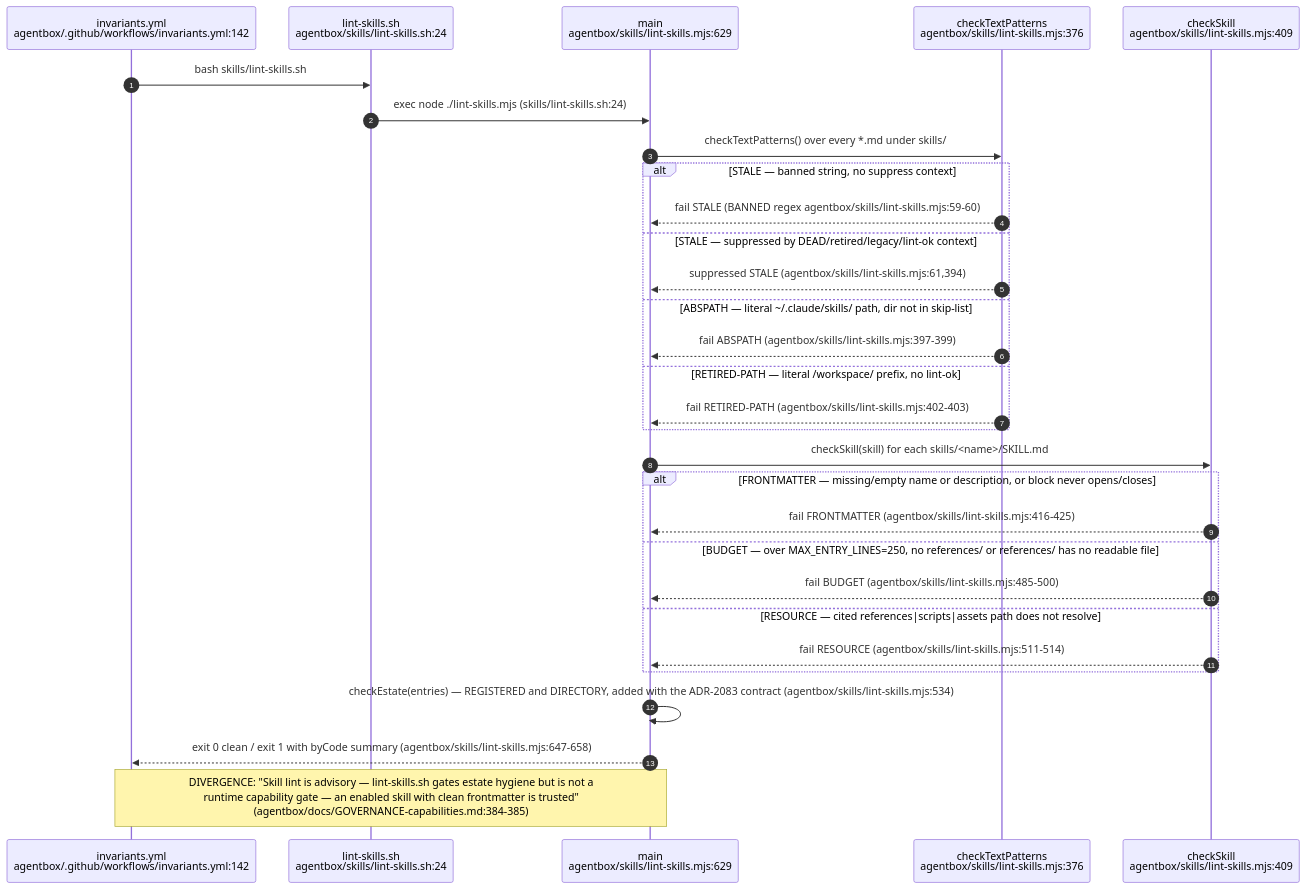
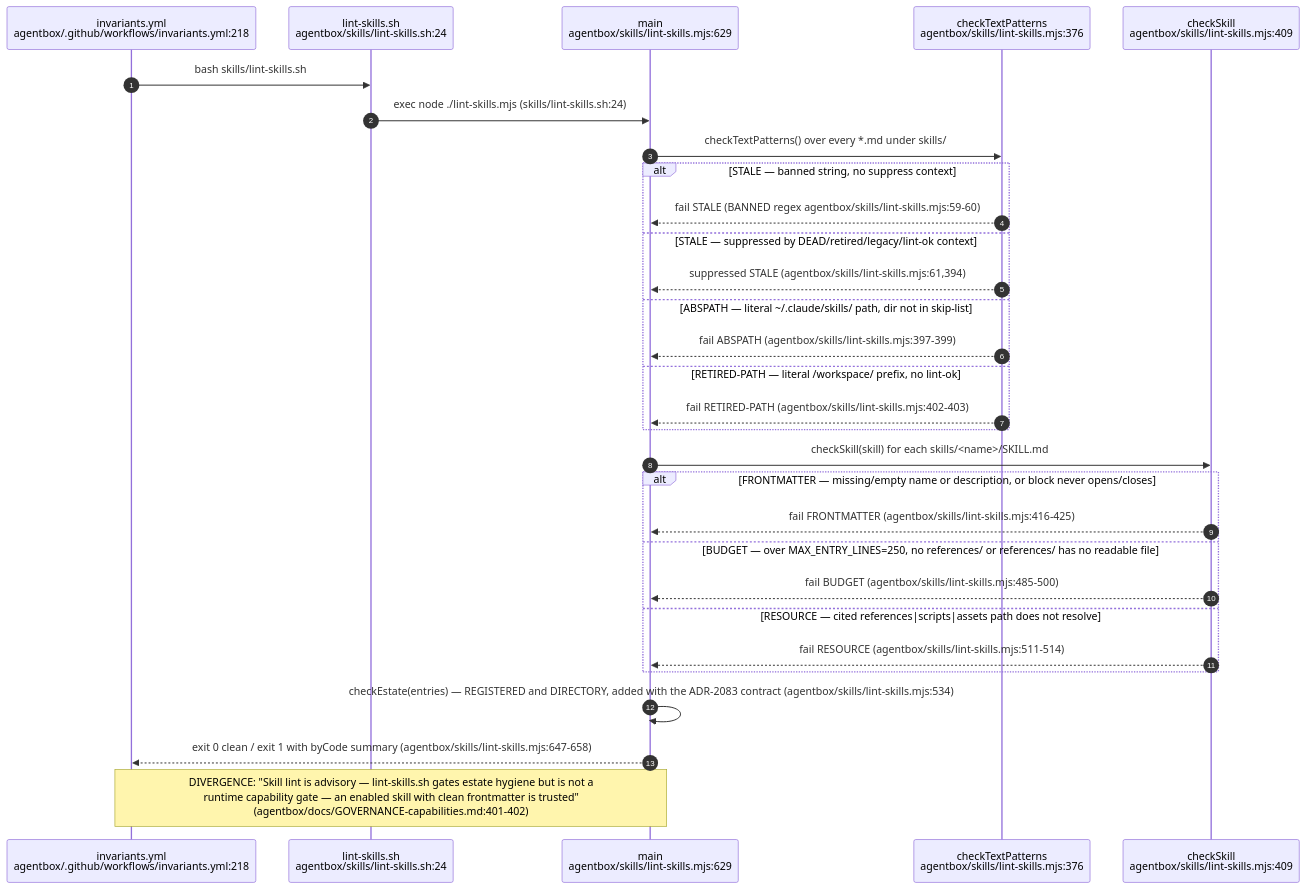
The third of 12 diagrams in docs/diagrams/agentbox/22-skills-and-routing.md (DreamLab-AI/VisionFlow), drawn with Mermaid before and after one commit. The commit also changed other lines of this file and 36 other files, not shown here.

First line of the commit message:
docs(diagrams): re-derive and re-stamp agentbox, dream-engine, visioncraft, visiontouch and vowl topics; drop LAN addresses

````diff
--- a/docs/diagrams/agentbox/22-skills-and-routing.md
+++ b/docs/diagrams/agentbox/22-skills-and-routing.md
@@ -159,33 +160,33 @@
 ```mermaid
 sequenceDiagram
     autonumber
-    participant CI as invariants.yml<br/>agentbox/.github/workflows/invariants.yml:142
+    participant CI as invariants.yml<br/>agentbox/.github/workflows/invariants.yml:218
     participant SH as lint-skills.sh<br/>agentbox/skills/lint-skills.sh:24
     participant MJS as main<br/>agentbox/skills/lint-skills.mjs:629
     participant TXT as checkTextPatterns<br/>agentbox/skills/lint-skills.mjs:376
     participant SKC as checkSkill<br/>agentbox/skills/lint-skills.mjs:409
 
     CI->>SH: bash skills/lint-skills.sh
     SH->>MJS: exec node ./lint-skills.mjs (skills/lint-skills.sh:24)
     MJS->>TXT: checkTextPatterns() over every *.md under skills/
     alt STALE — banned string, no suppress context
         TXT-->>MJS: fail STALE (BANNED regex agentbox/skills/lint-skills.mjs:59-60)
     else STALE — suppressed by DEAD/retired/legacy/lint-ok context
         TXT-->>MJS: suppressed STALE (agentbox/skills/lint-skills.mjs:61,394)
     else ABSPATH — literal ~/.claude/skills/ path, dir not in skip-list
         TXT-->>MJS: fail ABSPATH (agentbox/skills/lint-skills.mjs:397-399)
     else RETIRED-PATH — literal /workspace/ prefix, no lint-ok
         TXT-->>MJS: fail RETIRED-PATH (agentbox/skills/lint-skills.mjs:402-403)
     end
     MJS->>SKC: checkSkill(skill) for each skills/<name>/SKILL.md
     alt FRONTMATTER — missing/empty name or description, or block never opens/closes
         SKC-->>MJS: fail FRONTMATTER (agentbox/skills/lint-skills.mjs:416-425)
     else BUDGET — over MAX_ENTRY_LINES=250, no references/ or references/ has no readable file
         SKC-->>MJS: fail BUDGET (agentbox/skills/lint-skills.mjs:485-500)
     else RESOURCE — cited references|scripts|assets path does not resolve
         SKC-->>MJS: fail RESOURCE (agentbox/skills/lint-skills.mjs:511-514)
     end
     MJS->>MJS: checkEstate(entries) — REGISTERED and DIRECTORY, added with the ADR-2083 contract (agentbox/skills/lint-skills.mjs:534)
     MJS-->>CI: exit 0 clean / exit 1 with byCode summary (agentbox/skills/lint-skills.mjs:647-658)
-    Note over MJS,CI: DIVERGENCE: "Skill lint is advisory — lint-skills.sh gates estate hygiene but is not a<br/>runtime capability gate — an enabled skill with clean frontmatter is trusted"<br/>(agentbox/docs/GOVERNANCE-capabilities.md:384-385)
+    Note over MJS,CI: DIVERGENCE: "Skill lint is advisory — lint-skills.sh gates estate hygiene but is not a<br/>runtime capability gate — an enabled skill with clean frontmatter is trusted"<br/>(agentbox/docs/GOVERNANCE-capabilities.md:401-402)
 ```
````
